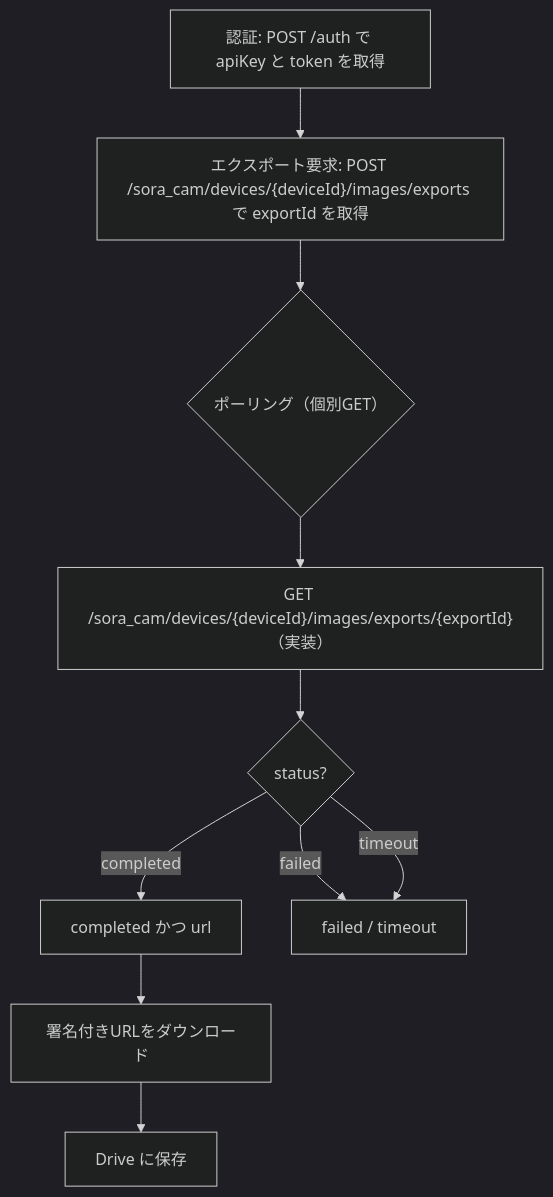
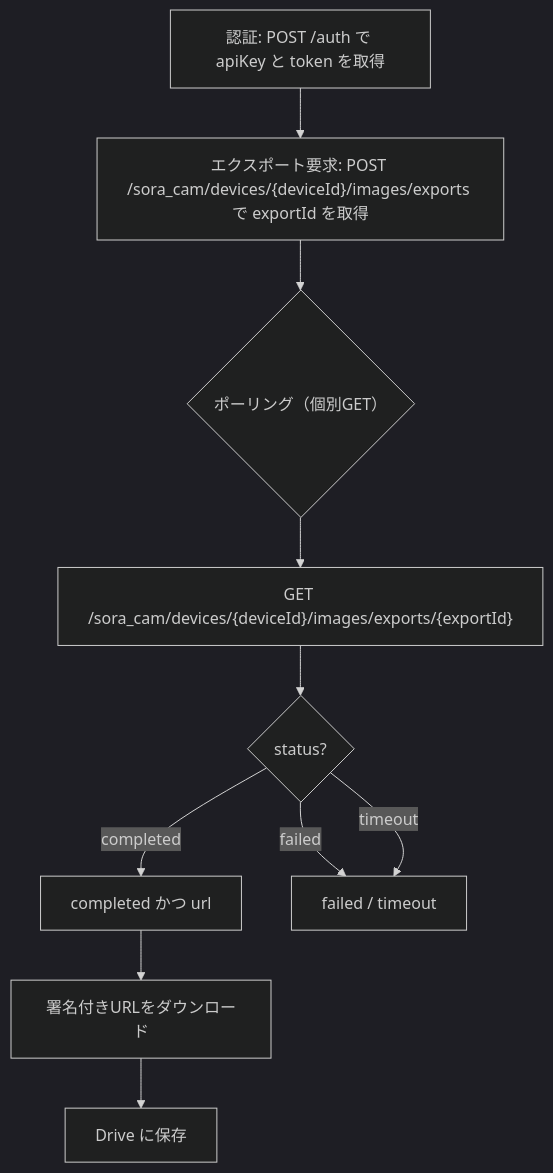
One commit to takao2704/public-zenn-docs changed the diagram in articles/soracam-gas-drive-export.md. Above: the diagram before and after it, drawn with Mermaid (dark theme).

Commit message:
フローの修正

````diff
--- a/articles/soracam-gas-drive-export.md
+++ b/articles/soracam-gas-drive-export.md
@@ -433,17 +433,17 @@
 ```mermaid
 flowchart TD
     A["認証: POST /auth で apiKey と token を取得"]
     B["エクスポート要求: POST /sora_cam/devices/{deviceId}/images/exports で exportId を取得"]
     C{"ポーリング（個別GET）"}
-    C2["GET /sora_cam/devices/{deviceId}/images/exports/{exportId}（実装）"]
+    C2["GET /sora_cam/devices/{deviceId}/images/exports/{exportId}"]
     D{"status?"}
     E["completed かつ url"]
     F["署名付きURLをダウンロード"]
     G["Drive に保存"]
     X["failed / timeout"]
 
     A --> B --> C --> C2 --> D
     D -->|completed| E --> F --> G
     D -->|failed| X
     D -->|timeout| X
 ```
````
